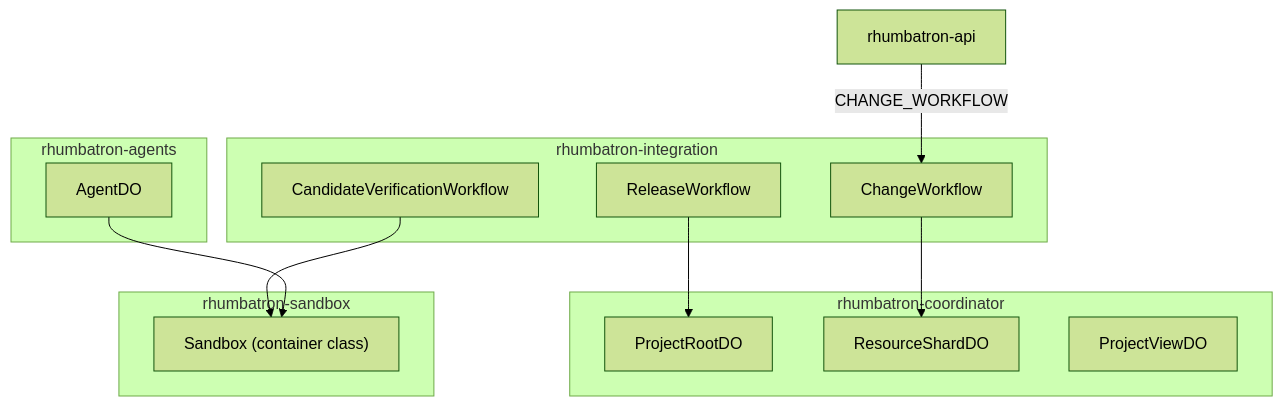
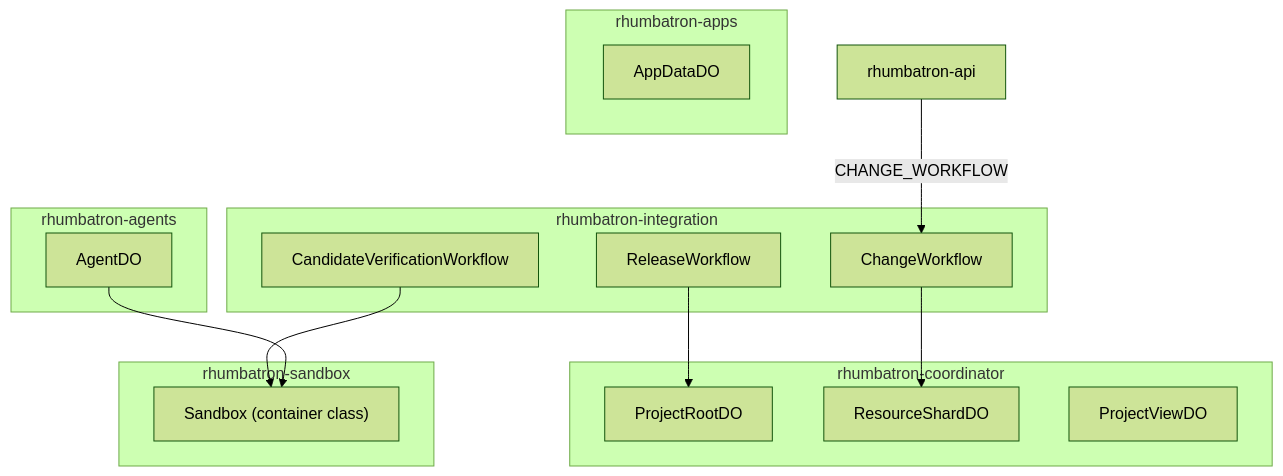
One commit to nsudhanva/rhumbatron changed the third of 4 diagrams in docs/architecture/README.md. Above: the diagram before and after it, drawn with Mermaid (forest theme). The commit also changed other lines of this file and 47 other files, not shown here.

````diff
--- a/docs/architecture/README.md
+++ b/docs/architecture/README.md
@@ -121,24 +144,27 @@
 ```mermaid
 flowchart TB
   subgraph COORD["rhumbatron-coordinator"]
     PR["ProjectRootDO"]
     RS["ResourceShardDO"]
     PV["ProjectViewDO"]
   end
   subgraph AG["rhumbatron-agents"]
     ADO["AgentDO"]
   end
   subgraph SBX["rhumbatron-sandbox"]
     SB["Sandbox (container class)"]
   end
   subgraph INT["rhumbatron-integration"]
     CW["ChangeWorkflow"]
     VW["CandidateVerificationWorkflow"]
     RW["ReleaseWorkflow"]
   end
+  subgraph APPS["rhumbatron-apps"]
+    ADD["AppDataDO"]
+  end
   API["rhumbatron-api"] -->|"CHANGE_WORKFLOW"| CW
   CW --> RS
   VW --> SB
   ADO --> SB
   RW --> PR
 ```
````
